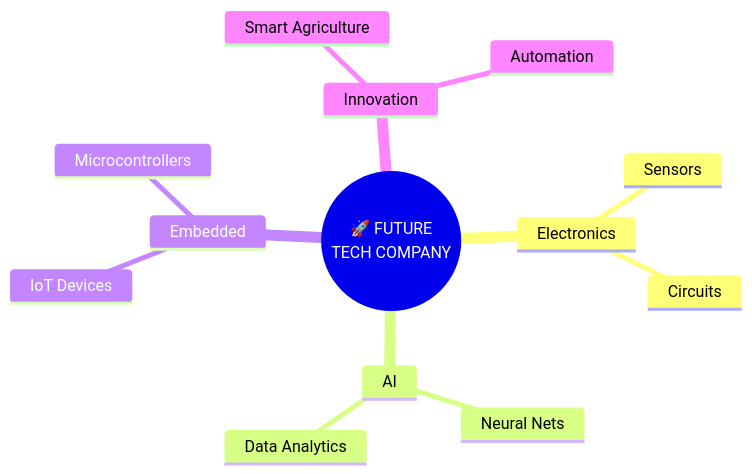
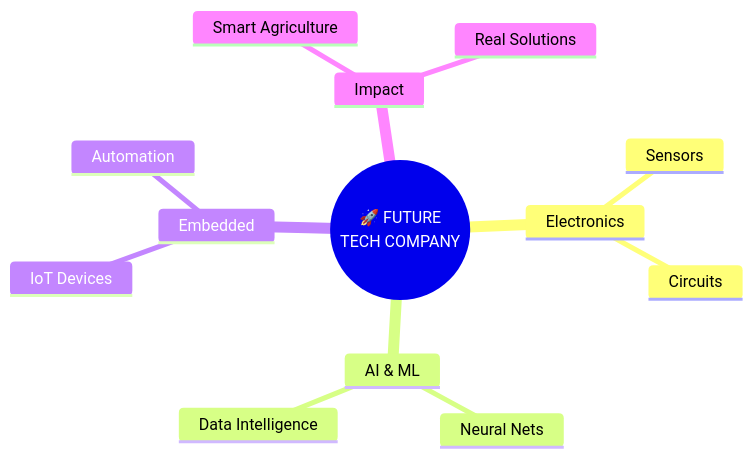
Before and after one commit to sabeeshvar/Portfolio: the second of 2 diagrams in README.md, drawn with Mermaid. The commit also changed other lines of this file, not shown here.

````diff
--- a/README.md
+++ b/README.md
@@ -364,16 +377,16 @@
 ```mermaid
 mindmap
   root((🚀 FUTURE<br/>TECH COMPANY))
     Electronics
       Sensors
       Circuits
-    AI
+    AI & ML
       Neural Nets
-      Data Analytics
+      Data Intelligence
     Embedded
       IoT Devices
-      Microcontrollers
-    Innovation
+      Automation
+    Impact
       Smart Agriculture
-      Automation
+      Real Solutions
 ```
````
